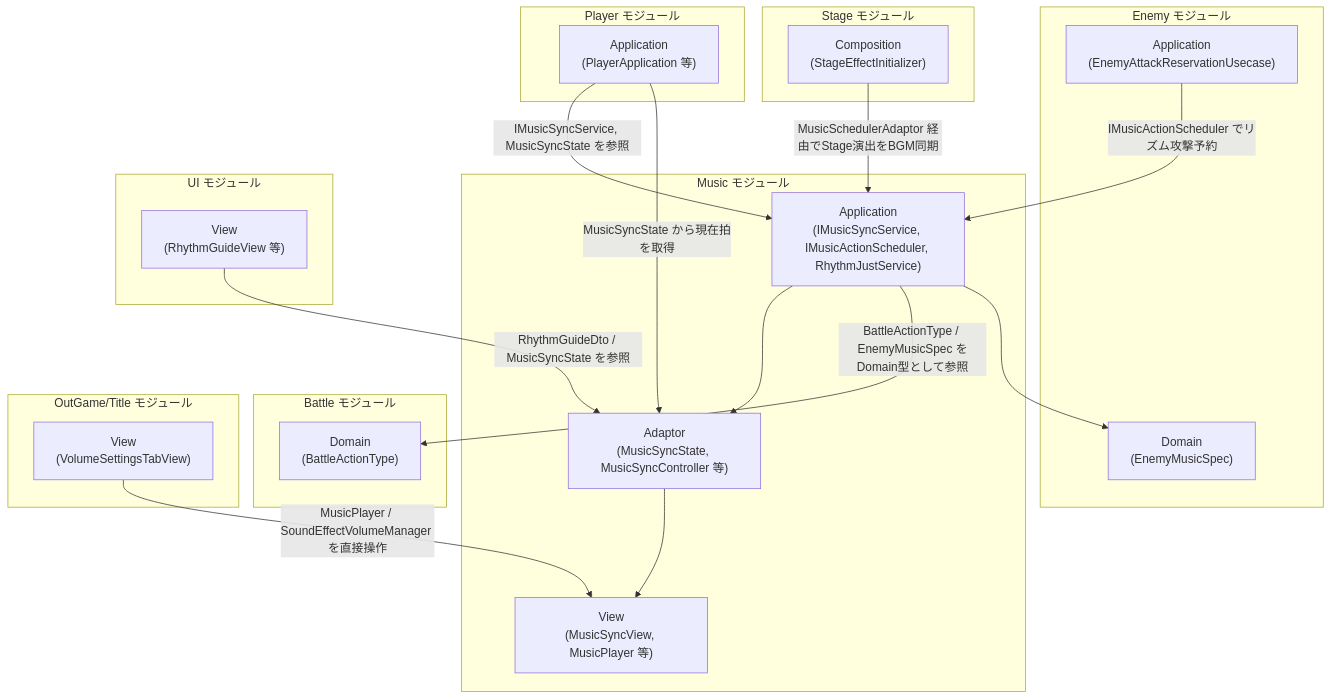
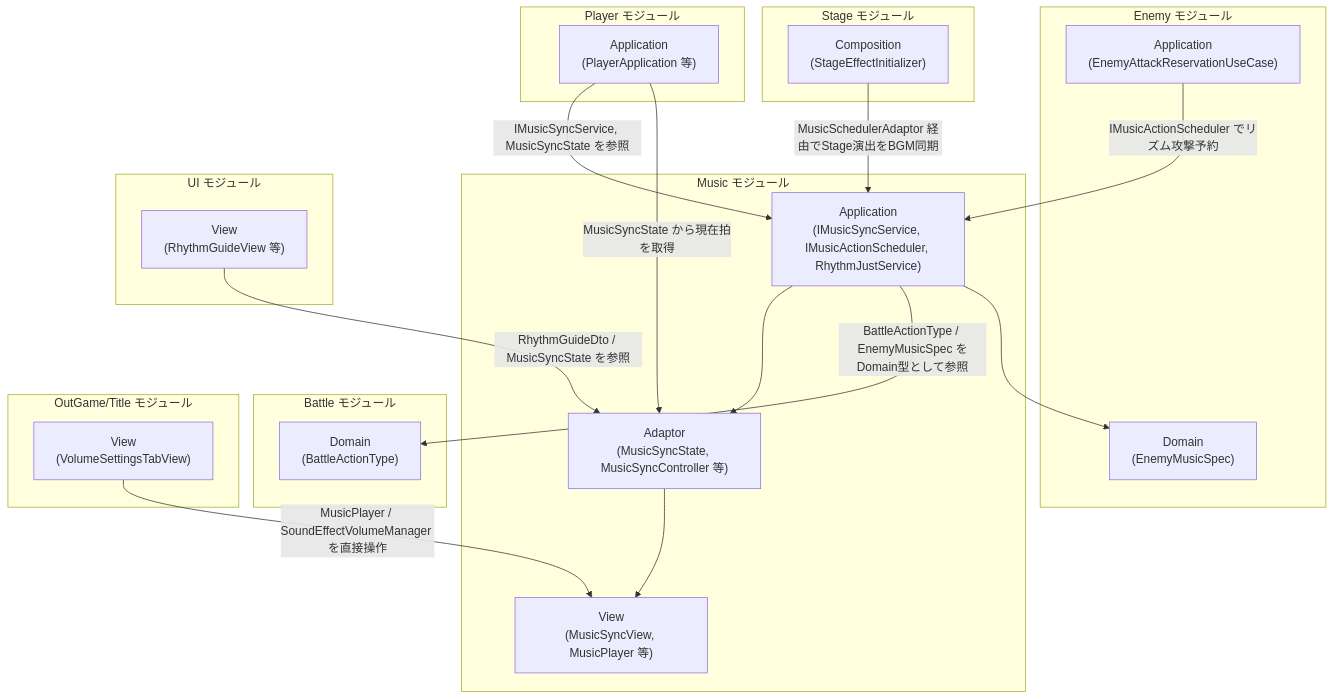
One commit to HIBIKI5201/SymphonyKillChord changed the first of 4 diagrams in Assets/Docs/ScriptsDocs/Modules/NotionModuleDocs/Music.md. Above: the diagram before and after it, drawn with Mermaid. The commit also changed other lines of this file and 89 other files, not shown here.

First line of the commit message:
refactor: 型名の綴りと表記ゆれを直す（AttackPipelineAsset・UseCase・Repository）

````diff
--- a/Assets/Docs/ScriptsDocs/Modules/NotionModuleDocs/Music.md
+++ b/Assets/Docs/ScriptsDocs/Modules/NotionModuleDocs/Music.md
@@ -58,46 +58,46 @@
 ```mermaid
 graph TD
     %% 定義 (接続のないレイヤーは省略)
     subgraph MusicModule [Music モジュール]
         M_App["Application\n(IMusicSyncService, IMusicActionScheduler, RhythmJustService)"]
         M_Adaptor["Adaptor\n(MusicSyncState, MusicSyncController 等)"]
         M_View["View\n(MusicSyncView, MusicPlayer 等)"]
         M_App --> M_Adaptor
         M_Adaptor --> M_View
     end
 
     subgraph PlayerModule [Player モジュール]
         P_App["Application\n(PlayerApplication 等)"]
     end
 
     subgraph EnemyModule [Enemy モジュール]
-        E_App["Application\n(EnemyAttackReservationUsecase)"]
+        E_App["Application\n(EnemyAttackReservationUseCase)"]
         E_Domain["Domain\n(EnemyMusicSpec)"]
     end
 
     subgraph BattleModule [Battle モジュール]
         B_Domain["Domain\n(BattleActionType)"]
     end
 
     subgraph StageModule [Stage モジュール]
         ST_Composition["Composition\n(StageEffectInitializer)"]
     end
 
     subgraph UIModule [UI モジュール]
         UI_View["View\n(RhythmGuideView 等)"]
     end
 
     subgraph TitleModule [OutGame/Title モジュール]
         T_View["View\n(VolumeSettingsTabView)"]
     end
 
     %% 依存関係
     P_App -->|"IMusicSyncService, MusicSyncState を参照"| M_App
     P_App -->|"MusicSyncState から現在拍を取得"| M_Adaptor
     E_App -->|"IMusicActionScheduler でリズム攻撃予約"| M_App
     M_App -->|"BattleActionType / EnemyMusicSpec をDomain型として参照"| B_Domain
     M_App -->|"　"| E_Domain
     ST_Composition -->|"MusicSchedulerAdaptor 経由でStage演出をBGM同期"| M_App
     UI_View -->|"RhythmGuideDto / MusicSyncState を参照"| M_Adaptor
     T_View -->|"MusicPlayer / SoundEffectVolumeManager を直接操作"| M_View
 ```
````
